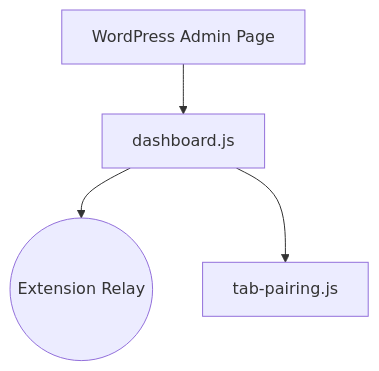
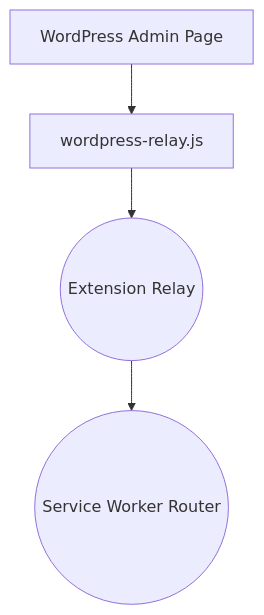
Before and after one commit to tdemelle-SiP/.claude: the third of 9 diagrams in guidelines/sip-printify-manager-extension-guidelines-v2.md, drawn with Mermaid. The commit also changed other lines of this file, not shown here.

````diff
--- a/guidelines/sip-printify-manager-extension-guidelines-v2.md
+++ b/guidelines/sip-printify-manager-extension-guidelines-v2.md
@@ -176,11 +185,11 @@
 ```mermaid
 graph TD
   WPPage[WordPress Admin Page]
-  WPJS[dashboard.js]
+  WPRelay[wordpress-relay.js]
   Relay((Extension Relay))
-  Pair[tab-pairing.js]
+  Router((Service Worker Router))
 
-  WPPage --> WPJS
-  WPJS --> Relay
-  WPJS --> Pair
+  WPPage --> WPRelay
+  WPRelay --> Relay
+  Relay --> Router
 ```
````
